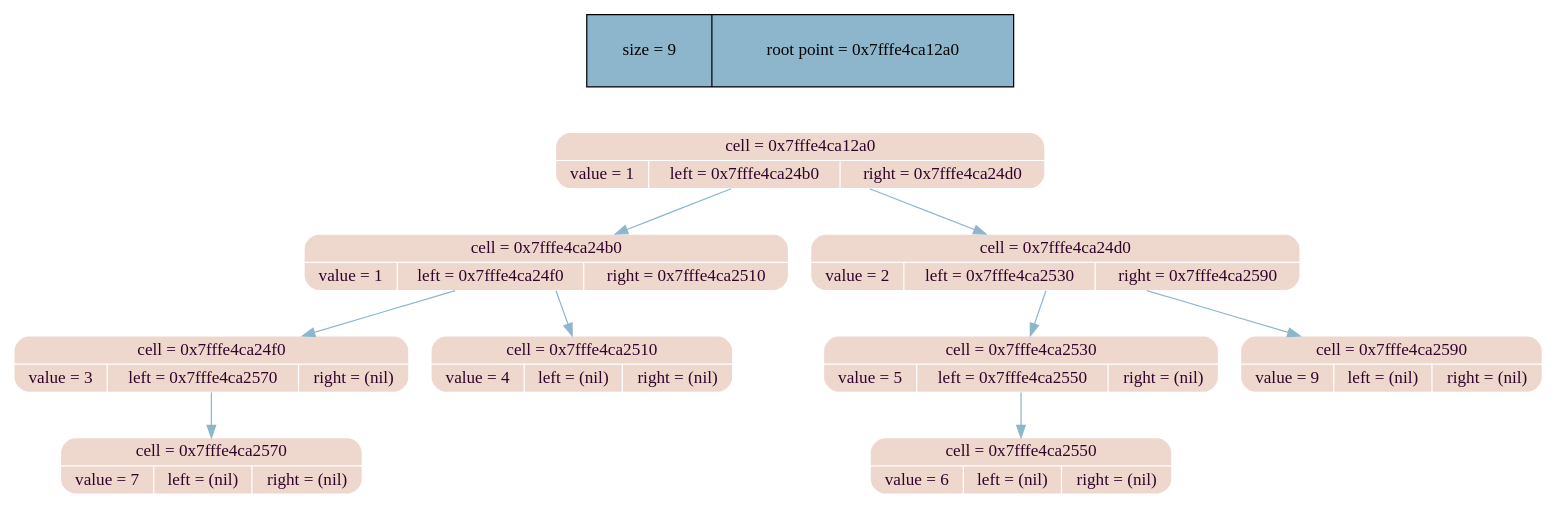
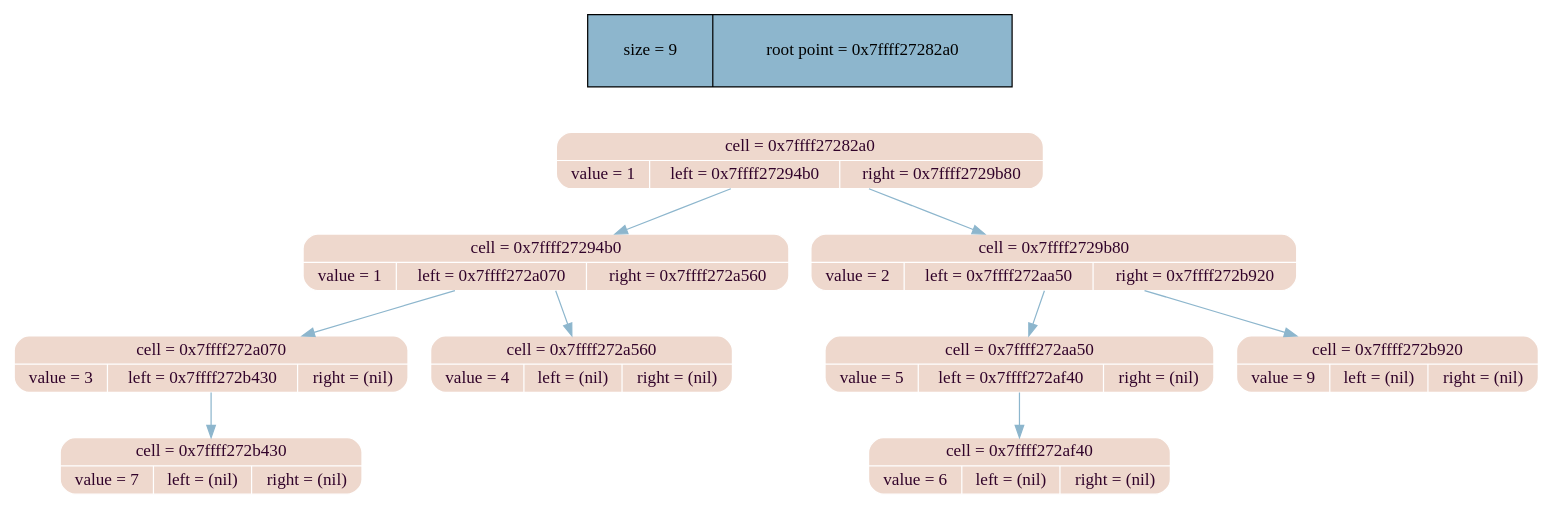
The diagram in dump_info/tree_dump.dot (MaxGroshev/tree), drawn with Graphviz before and after one commit. The commit also changed 12 other files, not shown here.

Commit message:
created kind of graph_lib

```diff
--- a/dump_info/tree_dump.dot
+++ b/dump_info/tree_dump.dot
@@ -1,26 +1,26 @@
 digraph   
 {
 rankdir = ""
 splines = "true"
 
-node_stat [margin = "0.3*0.3", style = "filled", shape = "record", fillcolor = "#8DB6CD" label = " size = 9 | root point = 0x7fffe4ca12a0"]
+node_stat [margin = "0.3*0.3", style = "filled", shape = "record", fillcolor = "#8DB6CD" label = " size = 9 | root point = 0x7ffff27282a0"]
 {rank = source; node_stat}
 
-node0x7fffe4ca12a0 [shape = "Mrecord", fillcolor = "#eed8cd", style = "filled", fontcolor = "#31032A", fontname = "Calibri", color = "white", label = "{cell = 0x7fffe4ca12a0\n | {value = 1 |left = 0x7fffe4ca24b0 |right = 0x7fffe4ca24d0}}"]
-node0x7fffe4ca12a0 -> node0x7fffe4ca24b0 [color = "#8DB6CD", style = "", constraint = true, fillcolor = "#8DB6CD",   fontcolor = "", fontname = "Calibri", label = ""];
-node0x7fffe4ca24b0 [shape = "Mrecord", fillcolor = "#eed8cd", style = "filled", fontcolor = "#31032A", fontname = "Calibri", color = "white", label = "{cell = 0x7fffe4ca24b0\n | {value = 1 |left = 0x7fffe4ca24f0 |right = 0x7fffe4ca2510}}"]
-node0x7fffe4ca24b0 -> node0x7fffe4ca24f0 [color = "#8DB6CD", style = "", constraint = true, fillcolor = "#8DB6CD",   fontcolor = "", fontname = "Calibri", label = ""];
-node0x7fffe4ca24f0 [shape = "Mrecord", fillcolor = "#eed8cd", style = "filled", fontcolor = "#31032A", fontname = "Calibri", color = "white", label = "{cell = 0x7fffe4ca24f0\n | {value = 3 |left = 0x7fffe4ca2570 |right = (nil)}}"]
-node0x7fffe4ca24f0 -> node0x7fffe4ca2570 [color = "#8DB6CD", style = "", constraint = true, fillcolor = "#8DB6CD",   fontcolor = "", fontname = "Calibri", label = ""];
-node0x7fffe4ca2570 [shape = "Mrecord", fillcolor = "#eed8cd", style = "filled", fontcolor = "#31032A", fontname = "Calibri", color = "white", label = "{cell = 0x7fffe4ca2570\n | {value = 7 |left = (nil) |right = (nil)}}"]
-node0x7fffe4ca24b0 -> node0x7fffe4ca2510 [color = "#8DB6CD", style = "", constraint = true, fillcolor = "#8DB6CD",   fontcolor = "", fontname = "Calibri", label = ""];
-node0x7fffe4ca2510 [shape = "Mrecord", fillcolor = "#eed8cd", style = "filled", fontcolor = "#31032A", fontname = "Calibri", color = "white", label = "{cell = 0x7fffe4ca2510\n | {value = 4 |left = (nil) |right = (nil)}}"]
-node0x7fffe4ca12a0 -> node0x7fffe4ca24d0 [color = "#8DB6CD", style = "", constraint = true, fillcolor = "#8DB6CD",   fontcolor = "", fontname = "Calibri", label = ""];
-node0x7fffe4ca24d0 [shape = "Mrecord", fillcolor = "#eed8cd", style = "filled", fontcolor = "#31032A", fontname = "Calibri", color = "white", label = "{cell = 0x7fffe4ca24d0\n | {value = 2 |left = 0x7fffe4ca2530 |right = 0x7fffe4ca2590}}"]
-node0x7fffe4ca24d0 -> node0x7fffe4ca2530 [color = "#8DB6CD", style = "", constraint = true, fillcolor = "#8DB6CD",   fontcolor = "", fontname = "Calibri", label = ""];
-node0x7fffe4ca2530 [shape = "Mrecord", fillcolor = "#eed8cd", style = "filled", fontcolor = "#31032A", fontname = "Calibri", color = "white", label = "{cell = 0x7fffe4ca2530\n | {value = 5 |left = 0x7fffe4ca2550 |right = (nil)}}"]
-node0x7fffe4ca2530 -> node0x7fffe4ca2550 [color = "#8DB6CD", style = "", constraint = true, fillcolor = "#8DB6CD",   fontcolor = "", fontname = "Calibri", label = ""];
-node0x7fffe4ca2550 [shape = "Mrecord", fillcolor = "#eed8cd", style = "filled", fontcolor = "#31032A", fontname = "Calibri", color = "white", label = "{cell = 0x7fffe4ca2550\n | {value = 6 |left = (nil) |right = (nil)}}"]
-node0x7fffe4ca24d0 -> node0x7fffe4ca2590 [color = "#8DB6CD", style = "", constraint = true, fillcolor = "#8DB6CD",   fontcolor = "", fontname = "Calibri", label = ""];
-node0x7fffe4ca2590 [shape = "Mrecord", fillcolor = "#eed8cd", style = "filled", fontcolor = "#31032A", fontname = "Calibri", color = "white", label = "{cell = 0x7fffe4ca2590\n | {value = 9 |left = (nil) |right = (nil)}}"]
+node0x7ffff27282a0 [shape = "Mrecord", fillcolor = "#eed8cd", style = "filled", fontcolor = "#31032A", fontname = "Calibri", color = "white", label = "{cell = 0x7ffff27282a0\n | {value = 1 |left = 0x7ffff27294b0 |right = 0x7ffff2729b80}}"]
+node0x7ffff27282a0 -> node0x7ffff27294b0 [color = "#8DB6CD", style = "", constraint = true, fillcolor = "#8DB6CD",   fontcolor = "", fontname = "Calibri", label = ""];
+node0x7ffff27294b0 [shape = "Mrecord", fillcolor = "#eed8cd", style = "filled", fontcolor = "#31032A", fontname = "Calibri", color = "white", label = "{cell = 0x7ffff27294b0\n | {value = 1 |left = 0x7ffff272a070 |right = 0x7ffff272a560}}"]
+node0x7ffff27294b0 -> node0x7ffff272a070 [color = "#8DB6CD", style = "", constraint = true, fillcolor = "#8DB6CD",   fontcolor = "", fontname = "Calibri", label = ""];
+node0x7ffff272a070 [shape = "Mrecord", fillcolor = "#eed8cd", style = "filled", fontcolor = "#31032A", fontname = "Calibri", color = "white", label = "{cell = 0x7ffff272a070\n | {value = 3 |left = 0x7ffff272b430 |right = (nil)}}"]
+node0x7ffff272a070 -> node0x7ffff272b430 [color = "#8DB6CD", style = "", constraint = true, fillcolor = "#8DB6CD",   fontcolor = "", fontname = "Calibri", label = ""];
+node0x7ffff272b430 [shape = "Mrecord", fillcolor = "#eed8cd", style = "filled", fontcolor = "#31032A", fontname = "Calibri", color = "white", label = "{cell = 0x7ffff272b430\n | {value = 7 |left = (nil) |right = (nil)}}"]
+node0x7ffff27294b0 -> node0x7ffff272a560 [color = "#8DB6CD", style = "", constraint = true, fillcolor = "#8DB6CD",   fontcolor = "", fontname = "Calibri", label = ""];
+node0x7ffff272a560 [shape = "Mrecord", fillcolor = "#eed8cd", style = "filled", fontcolor = "#31032A", fontname = "Calibri", color = "white", label = "{cell = 0x7ffff272a560\n | {value = 4 |left = (nil) |right = (nil)}}"]
+node0x7ffff27282a0 -> node0x7ffff2729b80 [color = "#8DB6CD", style = "", constraint = true, fillcolor = "#8DB6CD",   fontcolor = "", fontname = "Calibri", label = ""];
+node0x7ffff2729b80 [shape = "Mrecord", fillcolor = "#eed8cd", style = "filled", fontcolor = "#31032A", fontname = "Calibri", color = "white", label = "{cell = 0x7ffff2729b80\n | {value = 2 |left = 0x7ffff272aa50 |right = 0x7ffff272b920}}"]
+node0x7ffff2729b80 -> node0x7ffff272aa50 [color = "#8DB6CD", style = "", constraint = true, fillcolor = "#8DB6CD",   fontcolor = "", fontname = "Calibri", label = ""];
+node0x7ffff272aa50 [shape = "Mrecord", fillcolor = "#eed8cd", style = "filled", fontcolor = "#31032A", fontname = "Calibri", color = "white", label = "{cell = 0x7ffff272aa50\n | {value = 5 |left = 0x7ffff272af40 |right = (nil)}}"]
+node0x7ffff272aa50 -> node0x7ffff272af40 [color = "#8DB6CD", style = "", constraint = true, fillcolor = "#8DB6CD",   fontcolor = "", fontname = "Calibri", label = ""];
+node0x7ffff272af40 [shape = "Mrecord", fillcolor = "#eed8cd", style = "filled", fontcolor = "#31032A", fontname = "Calibri", color = "white", label = "{cell = 0x7ffff272af40\n | {value = 6 |left = (nil) |right = (nil)}}"]
+node0x7ffff2729b80 -> node0x7ffff272b920 [color = "#8DB6CD", style = "", constraint = true, fillcolor = "#8DB6CD",   fontcolor = "", fontname = "Calibri", label = ""];
+node0x7ffff272b920 [shape = "Mrecord", fillcolor = "#eed8cd", style = "filled", fontcolor = "#31032A", fontname = "Calibri", color = "white", label = "{cell = 0x7ffff272b920\n | {value = 9 |left = (nil) |right = (nil)}}"]
 }
```
